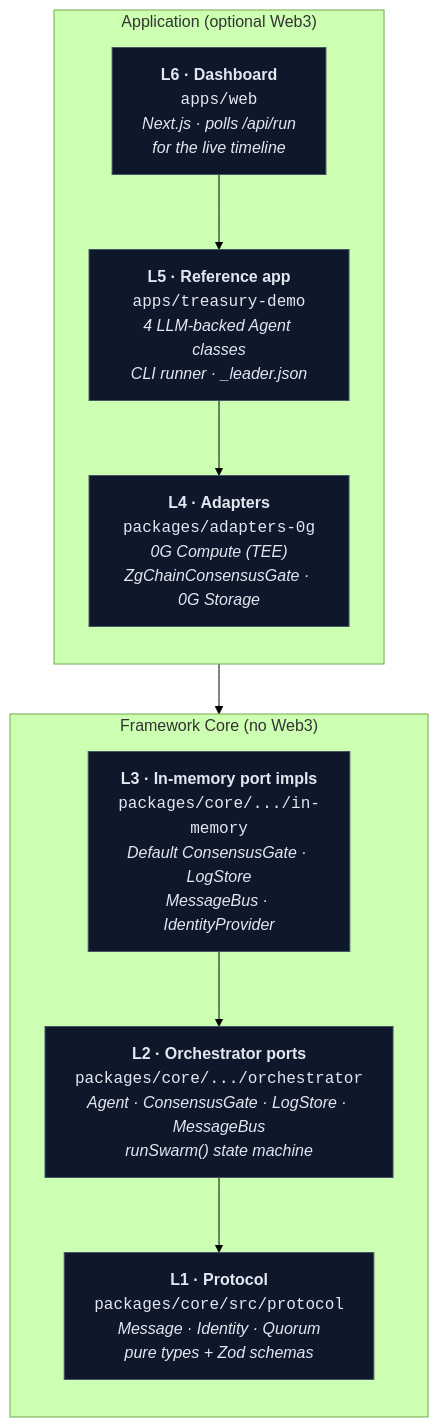
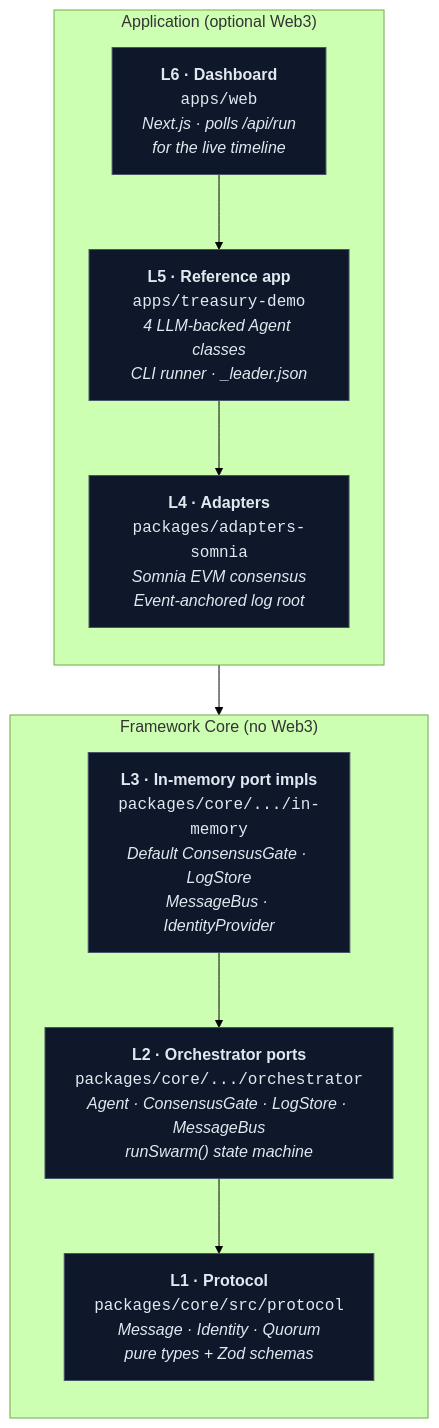
One commit to DogukanGun/maestro changed the second of 4 diagrams in README.md. Above: the diagram before and after it, drawn with Mermaid (forest theme). The commit also changed other lines of this file and 49 other files, not shown here.

````diff
--- a/README.md
+++ b/README.md
@@ -108,22 +108,22 @@
 ```mermaid
 flowchart TB
     subgraph App["Application (optional Web3)"]
         direction TB
         L6["<b>L6 · Dashboard</b><br/><code>apps/web</code><br/><i>Next.js · polls /api/run<br/>for the live timeline</i>"]
         L5["<b>L5 · Reference app</b><br/><code>apps/treasury-demo</code><br/><i>4 LLM-backed Agent classes<br/>CLI runner · _leader.json</i>"]
-        L4["<b>L4 · Adapters</b><br/><code>packages/adapters-0g</code><br/><i>0G Compute (TEE)<br/>ZgChainConsensusGate · 0G Storage</i>"]
+        L4["<b>L4 · Adapters</b><br/><code>packages/adapters-somnia</code><br/><i>Somnia EVM consensus<br/>Event-anchored log root</i>"]
     end
     subgraph Core["Framework Core (no Web3)"]
         direction TB
         L3["<b>L3 · In-memory port impls</b><br/><code>packages/core/.../in-memory</code><br/><i>Default ConsensusGate · LogStore<br/>MessageBus · IdentityProvider</i>"]
         L2["<b>L2 · Orchestrator ports</b><br/><code>packages/core/.../orchestrator</code><br/><i>Agent · ConsensusGate · LogStore · MessageBus<br/>runSwarm() state machine</i>"]
         L1["<b>L1 · Protocol</b><br/><code>packages/core/src/protocol</code><br/><i>Message · Identity · Quorum<br/>pure types + Zod schemas</i>"]
     end
     L6 --> L5
     L5 --> L4
     L4 --> L3
     L3 --> L2
     L2 --> L1
     classDef layer fill:#0f172a,stroke:#475569,color:#e2e8f0;
     class L1,L2,L3,L4,L5,L6 layer;
 ```
````
